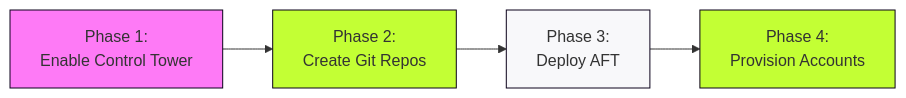
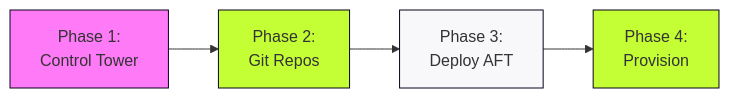
The second of 2 diagrams in slides/01-aft-overview.md (ken-createfuture-demo/aft-demo-presentation), drawn with Mermaid before and after one commit. The commit also changed other lines of this file, not shown here.

````diff
--- a/slides/01-aft-overview.md
+++ b/slides/01-aft-overview.md
@@ -56,11 +51,11 @@
 ```mermaid
 graph LR
-    A[Phase 1:<br/>Enable Control Tower] --> B[Phase 2:<br/>Create Git Repos]
+    A[Phase 1:<br/>Control Tower] --> B[Phase 2:<br/>Git Repos]
     B --> C[Phase 3:<br/>Deploy AFT]
-    C --> D[Phase 4:<br/>Provision Accounts]
+    C --> D[Phase 4:<br/>Provision]
     
     style A fill:#FE7AF6,stroke:#0A001A
     style B fill:#C3FF34,stroke:#0A001A
     style C fill:#F8F8FA,stroke:#0A001A
     style D fill:#C3FF34,stroke:#0A001A
 ```
````
